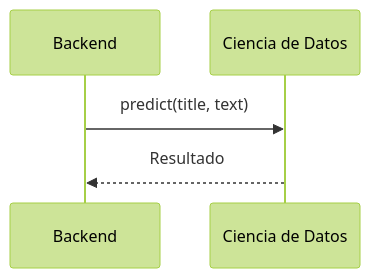
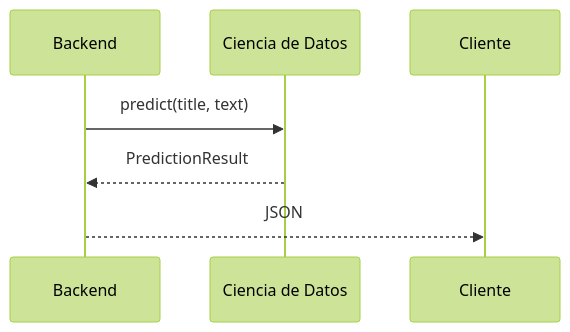
The fifth of 5 diagrams in docs/SDS/SDS.md (jriojac/techmind), drawn with Mermaid (forest theme) before and after one commit. The commit also changed other lines of this file and 17 other files, not shown here.

Commit message:
docs: alinear documentación de la arquitectura y roadmap de  data science

````diff
--- a/docs/SDS/SDS.md
+++ b/docs/SDS/SDS.md
@@ -1055,11 +1058,13 @@
 ```mermaid
 sequenceDiagram
 
 participant Backend
 
 participant DataScience as Ciencia de Datos
 
 Backend->>DataScience: predict(title, text)
 
-DataScience-->>Backend: Resultado
+DataScience-->>Backend: PredictionResult
+
+Backend-->>Cliente: JSON
 ```
````
